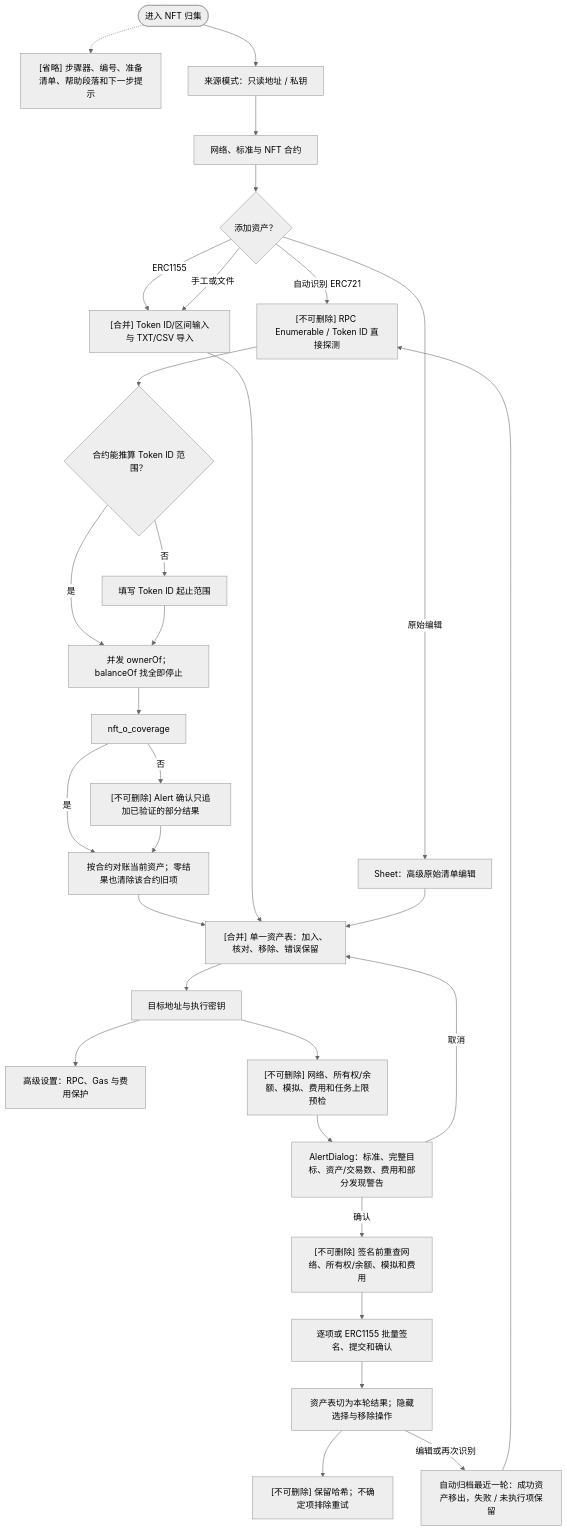
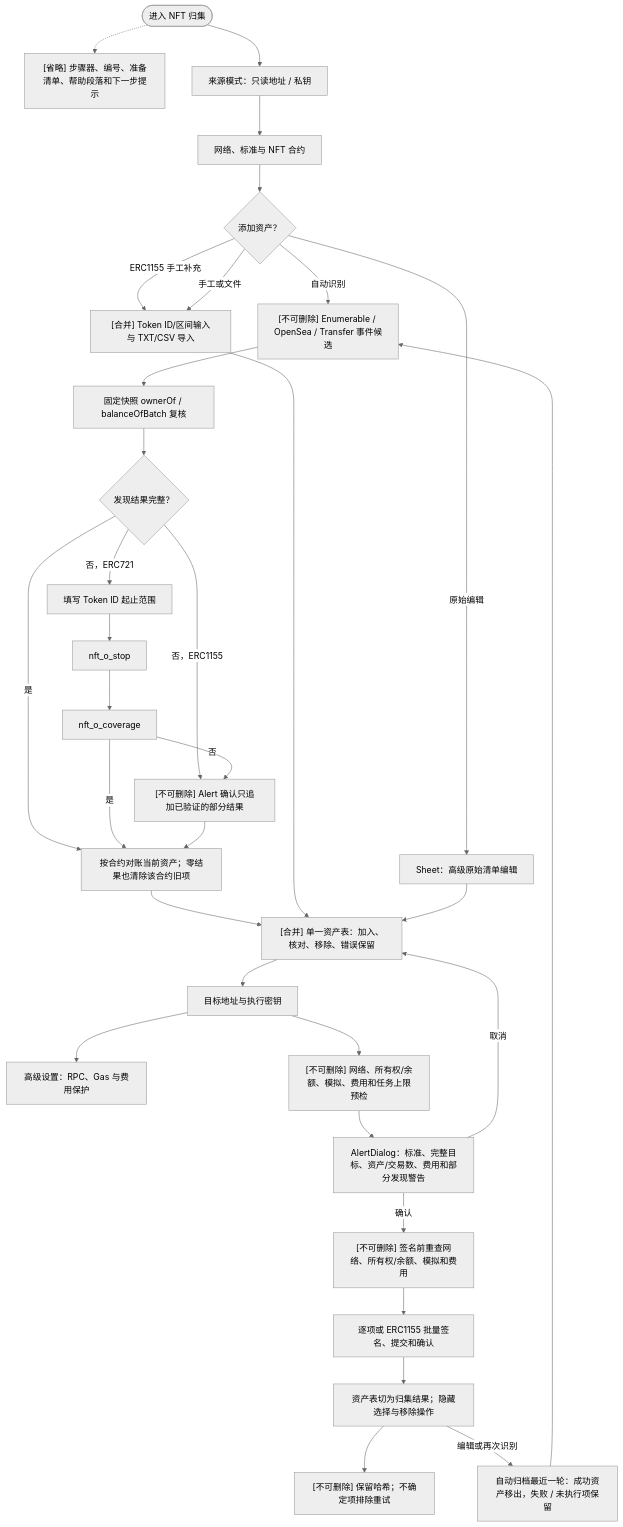
The eighth of 12 diagrams in docs/feature-flows.md (ioiv/batch_send), drawn with Mermaid (neutral theme) before and after one commit. The commit also changed other lines of this file and 17 other files, not shown here.

````diff
--- a/docs/feature-flows.md
+++ b/docs/feature-flows.md
@@ -337,33 +338,35 @@
 ```mermaid
 flowchart TD
   nft_o_start(["进入 NFT 归集"]) -.-> nft_o_omit["[省略] 步骤器、编号、准备清单、帮助段落和下一步提示"]
   nft_o_start --> nft_o_source["来源模式：只读地址 / 私钥"]
   nft_o_source --> nft_o_context["网络、标准与 NFT 合约"]
   nft_o_context --> nft_o_method{"添加资产？"}
-  nft_o_method -->|自动识别 ERC721| nft_o_discover["[不可删除] RPC Enumerable / Token ID 直接探测"]
-  nft_o_discover --> nft_o_range{"合约能推算 Token ID 范围？"}
-  nft_o_range -->|否| nft_o_input["填写 Token ID 起止范围"]
-  nft_o_range -->|是| nft_o_stop["并发 ownerOf；balanceOf 找全即停止"]
+  nft_o_method -->|自动识别| nft_o_discover["[不可删除] Enumerable / OpenSea / Transfer 事件候选"]
+  nft_o_discover --> nft_o_verify["固定快照 ownerOf / balanceOfBatch 复核"]
+  nft_o_verify --> nft_o_complete{"发现结果完整？"}
+  nft_o_complete -->|是| nft_o_join
+  nft_o_complete -->|否，ERC721| nft_o_input["填写 Token ID 起止范围"]
+  nft_o_complete -->|否，ERC1155| nft_o_partial
   nft_o_input --> nft_o_stop
-  nft_o_method -->|ERC1155| nft_o_combined
+  nft_o_method -->|ERC1155 手工补充| nft_o_combined
   nft_o_stop --> nft_o_coverage
   nft_o_coverage -->|否| nft_o_partial["[不可删除] Alert 确认只追加已验证的部分结果"]
   nft_o_coverage -->|是| nft_o_join["按合约对账当前资产；零结果也清除该合约旧项"]
   nft_o_partial --> nft_o_join
   nft_o_method -->|手工或文件| nft_o_combined["[合并] Token ID/区间输入与 TXT/CSV 导入"]
   nft_o_method -->|原始编辑| nft_o_sheet["Sheet：高级原始清单编辑"]
   nft_o_join --> nft_o_table["[合并] 单一资产表：加入、核对、移除、错误保留"]
   nft_o_combined --> nft_o_table
   nft_o_sheet --> nft_o_table
   nft_o_table --> nft_o_target["目标地址与执行密钥"]
   nft_o_target --> nft_o_advanced["高级设置：RPC、Gas 与费用保护"]
   nft_o_target --> nft_o_preflight["[不可删除] 网络、所有权/余额、模拟、费用和任务上限预检"]
   nft_o_preflight --> nft_o_dialog["AlertDialog：标准、完整目标、资产/交易数、费用和部分发现警告"]
   nft_o_dialog -->|取消| nft_o_table
   nft_o_dialog -->|确认| nft_o_recheck["[不可删除] 签名前重查网络、所有权/余额、模拟和费用"]
   nft_o_recheck --> nft_o_run["逐项或 ERC1155 批量签名、提交和确认"]
-  nft_o_run --> nft_o_results["资产表切为本轮结果；隐藏选择与移除操作"]
+  nft_o_run --> nft_o_results["资产表切为归集结果；隐藏选择与移除操作"]
   nft_o_results --> nft_o_lock["[不可删除] 保留哈希；不确定项排除重试"]
   nft_o_results -->|编辑或再次识别| nft_o_next["自动归档最近一轮：成功资产移出，失败 / 未执行项保留"]
   nft_o_next --> nft_o_discover
 ```
````
